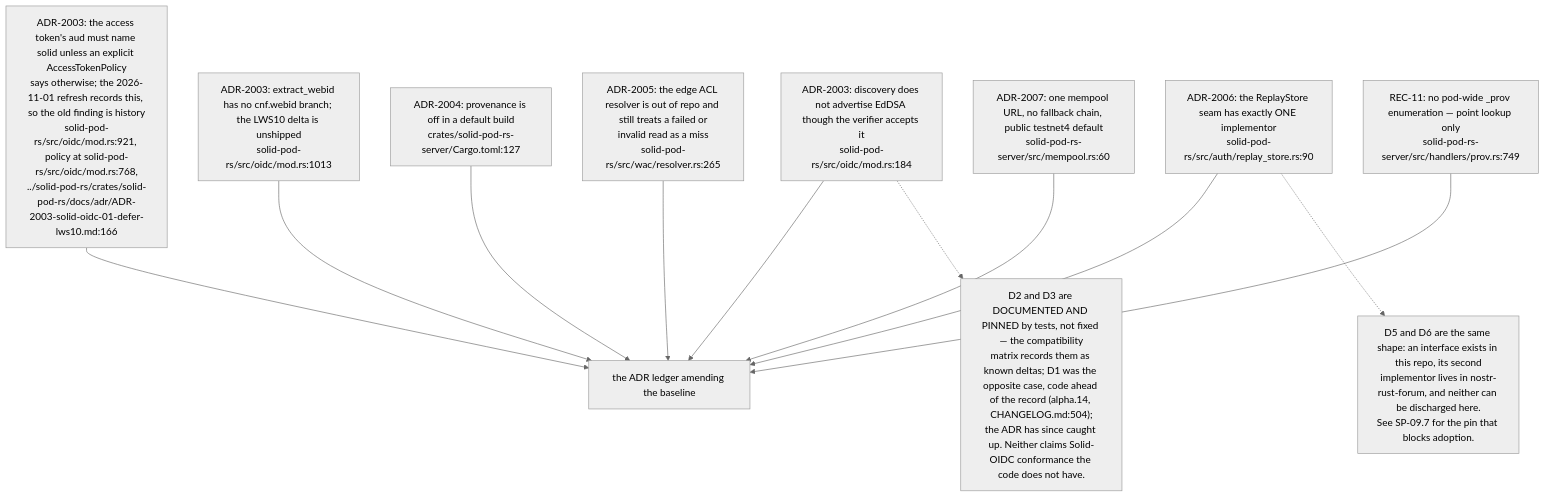
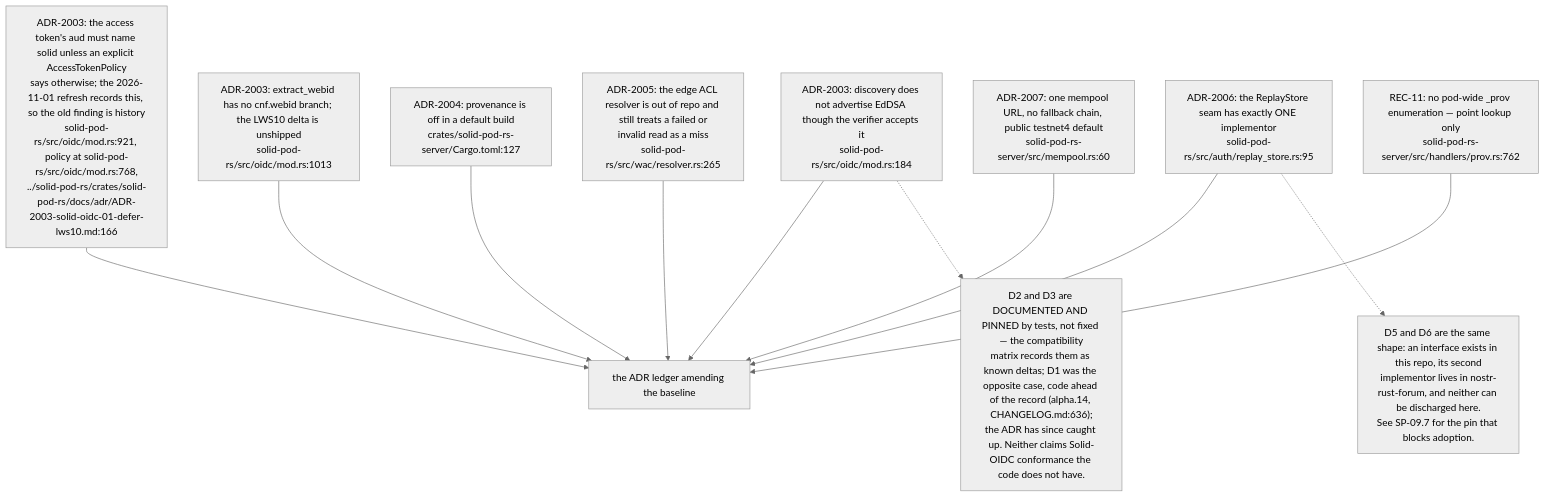
The sixth of 12 diagrams in docs/diagrams/solid-pod-rs/10-failure-modes-and-invariants.md (DreamLab-AI/VisionFlow), drawn with Mermaid (neutral theme) before and after one commit. The commit also changed other lines of this file and 59 other files, not shown here.

First line of the commit message:
docs(diagrams): re-derive and re-stamp forum, website, pod, ontomark and sealmap topics

````diff
--- a/docs/diagrams/solid-pod-rs/10-failure-modes-and-invariants.md
+++ b/docs/diagrams/solid-pod-rs/10-failure-modes-and-invariants.md
@@ -195,25 +195,25 @@
 ```mermaid
 flowchart TD
     D1["ADR-2003: the access token's aud must name solid unless an explicit AccessTokenPolicy<br/>says otherwise; the 2026-11-01 refresh records this, so the old finding is history<br/>solid-pod-rs/src/oidc/mod.rs:921, policy at solid-pod-rs/src/oidc/mod.rs:768,<br/>../solid-pod-rs/crates/solid-pod-rs/docs/adr/ADR-2003-solid-oidc-01-defer-lws10.md:166"]
     D2["ADR-2003: extract_webid has no cnf.webid branch; the LWS10 delta is unshipped<br/>solid-pod-rs/src/oidc/mod.rs:1013"]
     D3["ADR-2003: discovery does not advertise EdDSA though the verifier accepts it<br/>solid-pod-rs/src/oidc/mod.rs:184"]
     D4["ADR-2004: provenance is off in a default build<br/>crates/solid-pod-rs-server/Cargo.toml:127"]
     D5["ADR-2005: the edge ACL resolver is out of repo and still treats a failed or<br/>invalid read as a miss<br/>solid-pod-rs/src/wac/resolver.rs:265"]
-    D6["ADR-2006: the ReplayStore seam has exactly ONE implementor<br/>solid-pod-rs/src/auth/replay_store.rs:90"]
+    D6["ADR-2006: the ReplayStore seam has exactly ONE implementor<br/>solid-pod-rs/src/auth/replay_store.rs:95"]
     D7["ADR-2007: one mempool URL, no fallback chain, public testnet4 default<br/>solid-pod-rs-server/src/mempool.rs:60"]
-    D8["REC-11: no pod-wide _prov enumeration — point lookup only<br/>solid-pod-rs-server/src/handlers/prov.rs:749"]
+    D8["REC-11: no pod-wide _prov enumeration — point lookup only<br/>solid-pod-rs-server/src/handlers/prov.rs:762"]
 
     D1 --> LEDGER["the ADR ledger amending the baseline"]
     D2 --> LEDGER
     D3 --> LEDGER
     D4 --> LEDGER
     D5 --> LEDGER
     D6 --> LEDGER
     D7 --> LEDGER
     D8 --> LEDGER
 
-    N["D2 and D3 are DOCUMENTED AND PINNED by tests, not fixed — the compatibility<br/>matrix records them as known deltas; D1 was the opposite case, code ahead of the record (alpha.14, CHANGELOG.md:504);<br/>the ADR has since caught up. Neither claims Solid-OIDC conformance the code does not have."]
+    N["D2 and D3 are DOCUMENTED AND PINNED by tests, not fixed — the compatibility<br/>matrix records them as known deltas; D1 was the opposite case, code ahead of the record (alpha.14, CHANGELOG.md:636);<br/>the ADR has since caught up. Neither claims Solid-OIDC conformance the code does not have."]
     D3 -.-> N
     N2["D5 and D6 are the same shape: an interface exists in this repo, its second<br/>implementor lives in nostr-rust-forum, and neither can be discharged here.<br/>See SP-09.7 for the pin that blocks adoption."]
     D6 -.-> N2
 ```
````
